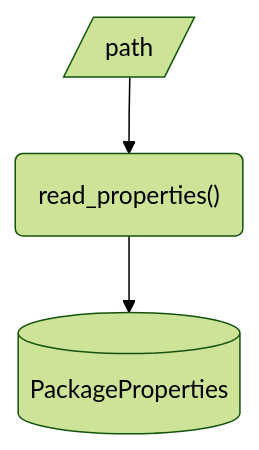
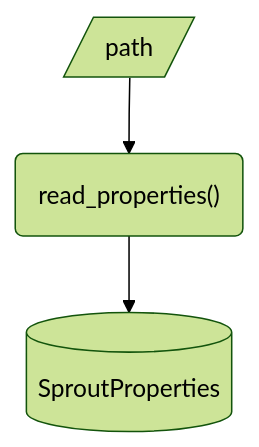
Before and after one commit to seedcase-project/seedcase-sprout: the eighth of 10 diagrams in docs/design/interface/functions.qmd, drawn with Mermaid (forest theme). The commit also changed other lines of this file and 22 other files, not shown here.

````diff
--- a/docs/design/interface/functions.qmd
+++ b/docs/design/interface/functions.qmd
@@ -196,8 +196,8 @@
 ```{mermaid}
 flowchart
     in_path[/path/]
     function("read_properties()")
-    out[("PackageProperties")]
+    out[("SproutProperties")]
     in_path --> function
     function --> out
 ```
````
